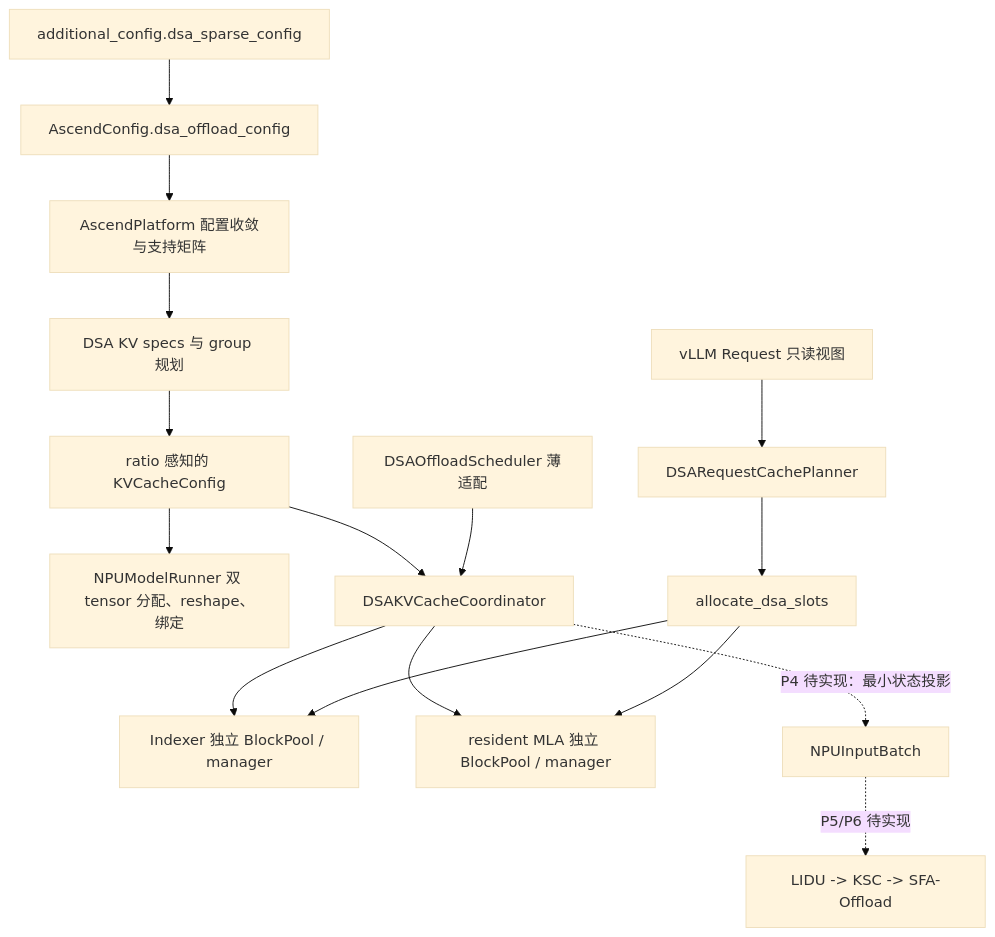
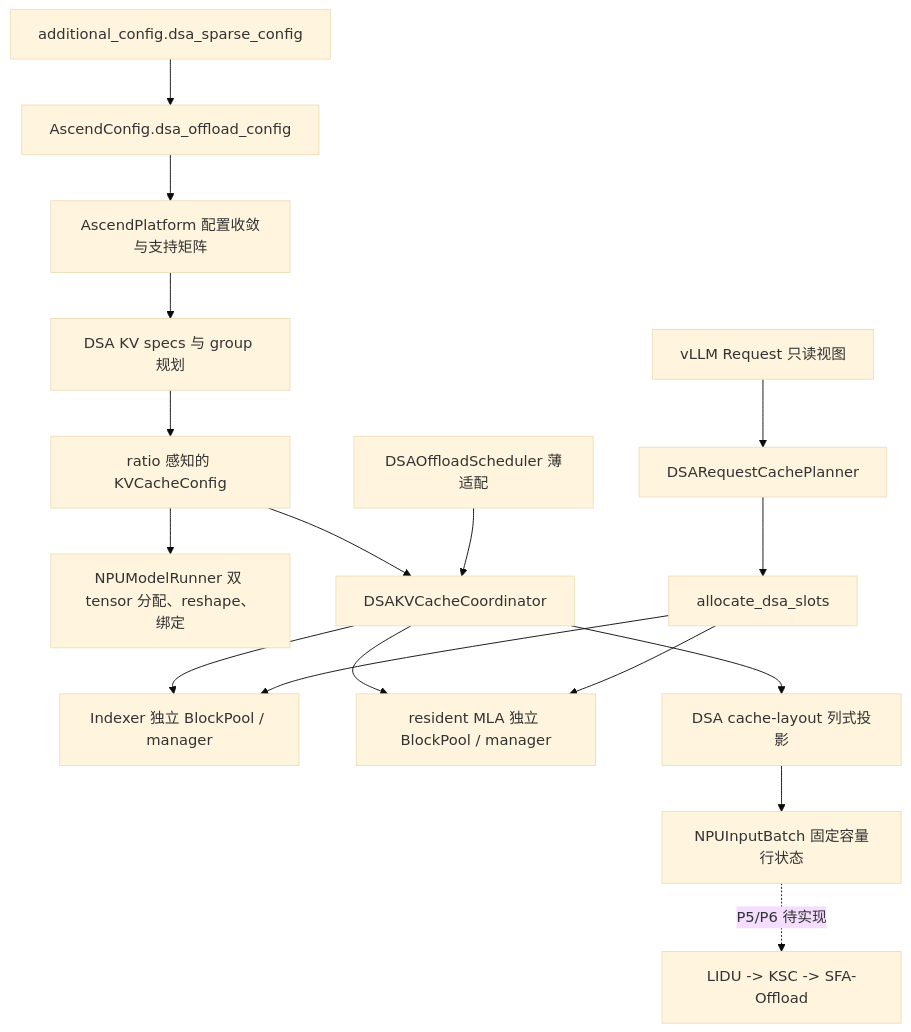
The diagram in docs/source/developer_guide/Design_Documents/dsa_offload_design.md (ader47/vllm-ascend), drawn with Mermaid (base theme) before and after one commit. The commit also changed other lines of this file and 10 other files, not shown here.

Commit message:
新增薄 DSAOffloadSchedulerOutput，通过 pickle-safe 列式 projection 传递阶段、budget 和 resident 有效长度。 NPUInputBatch 新增 [4, max_num_reqs] 固定容量 SoA buffer，四列 device view 均连续。 worker 先完成基线 _update_states() 的增删、压缩和重排，再按最终行号刷新 DSA 状态。 ENTER 行使用 scheduler 真源全量覆盖 resident request/block table；DENSE/SPARSE 不额外改表。

````diff
--- a/docs/source/developer_guide/Design_Documents/dsa_offload_design.md
+++ b/docs/source/developer_guide/Design_Documents/dsa_offload_design.md
@@ -54,18 +57,19 @@
 ```mermaid
 flowchart TB
     CFG["additional_config.dsa_sparse_config"] --> AC["AscendConfig.dsa_offload_config"]
     AC --> PLATFORM["AscendPlatform 配置收敛与支持矩阵"]
     PLATFORM --> SPEC["DSA KV specs 与 group 规划"]
     SPEC --> CACHECFG["ratio 感知的 KVCacheConfig"]
     CACHECFG --> WORKER["NPUModelRunner 双 tensor 分配、reshape、绑定"]
     CACHECFG --> COORD["DSAKVCacheCoordinator"]
     COORD --> IDX["Indexer 独立 BlockPool / manager"]
     COORD --> MLA["resident MLA 独立 BlockPool / manager"]
     REQ["vLLM Request 只读视图"] --> PLAN["DSARequestCachePlanner"]
     PLAN --> ALLOC["allocate_dsa_slots"]
     ALLOC --> IDX
     ALLOC --> MLA
     SCHED["DSAOffloadScheduler 薄适配"] --> COORD
-    COORD -. "P4 待实现：最小状态投影" .-> INPUT["NPUInputBatch"]
+    COORD --> PROJECTION["DSA cache-layout 列式投影"]
+    PROJECTION --> INPUT["NPUInputBatch 固定容量行状态"]
     INPUT -. "P5/P6 待实现" .-> DATA["LIDU -> KSC -> SFA-Offload"]
 ```
````
